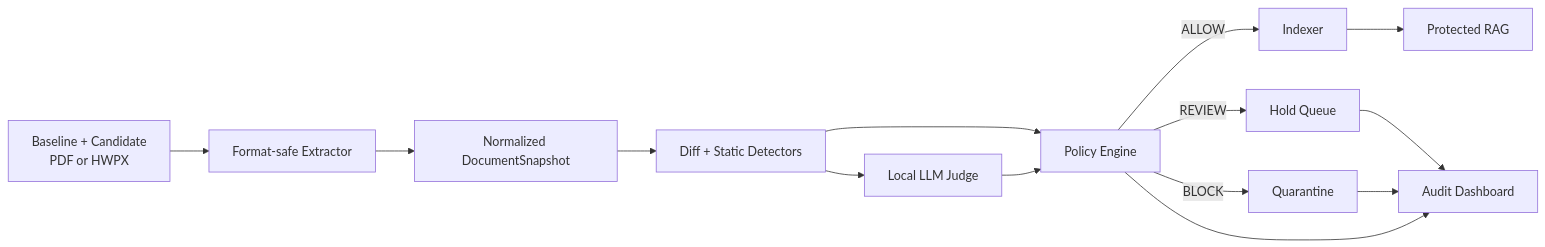
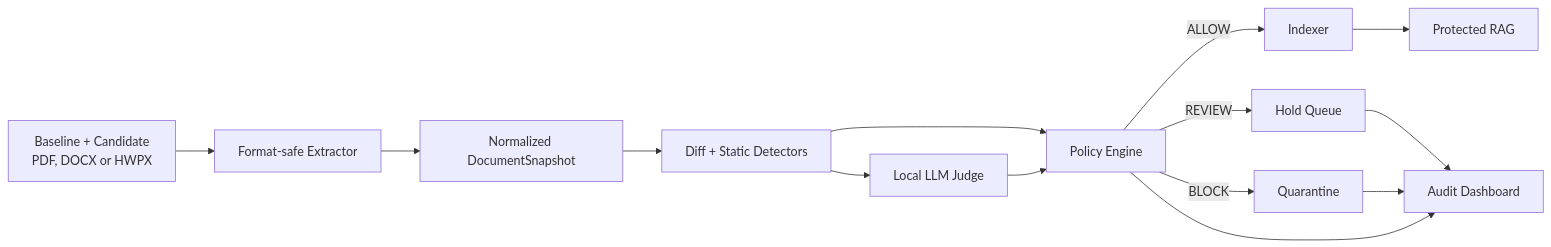
One commit to Generated-by-AI/IndexGuard changed the diagram in docs/ARCHITECTURE.md. Above: the diagram before and after it, drawn with Mermaid. The commit also changed other lines of this file and 43 other files, not shown here.

````diff
--- a/docs/ARCHITECTURE.md
+++ b/docs/ARCHITECTURE.md
@@ -78,16 +79,16 @@
 ```mermaid
 flowchart LR
-    A[Baseline + Candidate\nPDF or HWPX] --> B[Format-safe Extractor]
+    A[Baseline + Candidate\nPDF, DOCX or HWPX] --> B[Format-safe Extractor]
     B --> C[Normalized DocumentSnapshot]
     C --> D[Diff + Static Detectors]
     D --> E[Local LLM Judge]
     D --> F[Policy Engine]
     E --> F
     F -->|ALLOW| G[Indexer]
     F -->|REVIEW| H[Hold Queue]
     F -->|BLOCK| I[Quarantine]
     G --> J[Protected RAG]
     H --> K[Audit Dashboard]
     I --> K
     F --> K
 ```
````
